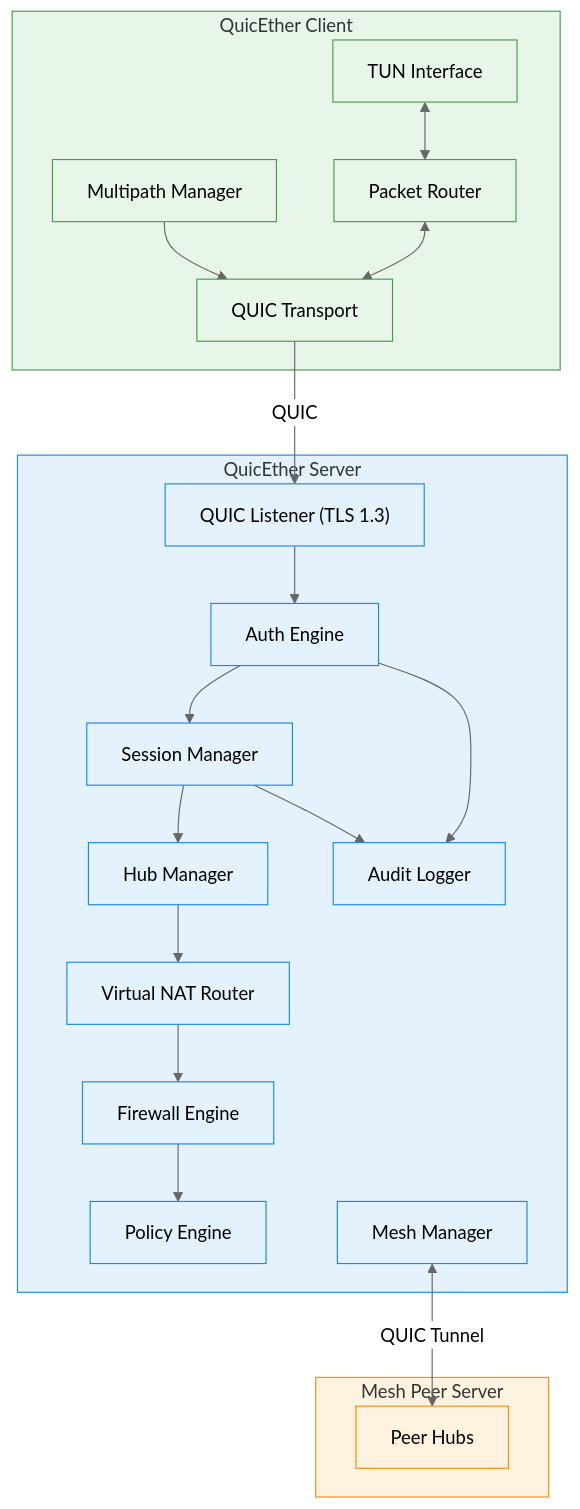
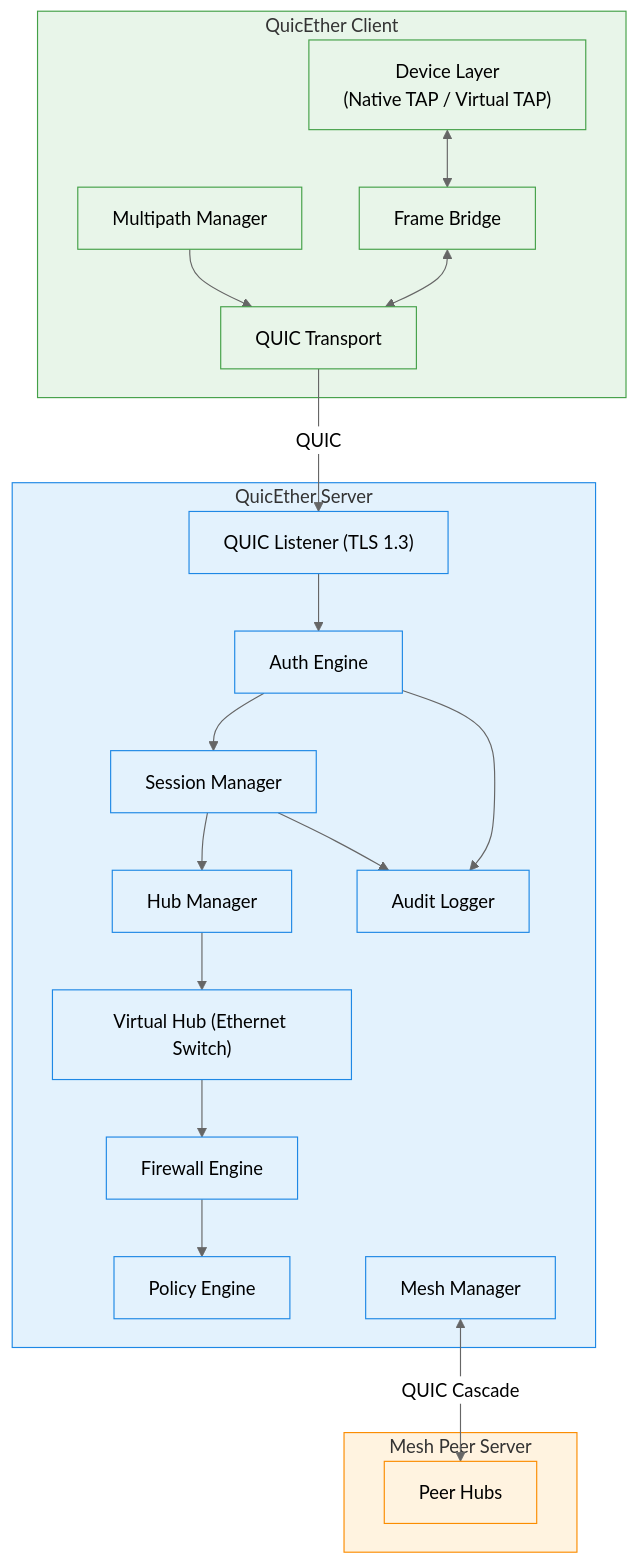
Before and after one commit to quicether/book: the first of 2 diagrams in 05-architecture.md, drawn with Mermaid (neutral theme). The commit also changed other lines of this file and 18 other files, not shown here.

First line of the commit message:
Refactor QuicEther to support Layer 2 (TAP) architecture with Local Bridge functionality

````diff
--- a/05-architecture.md
+++ b/05-architecture.md
@@ -47,47 +47,47 @@
 ```mermaid
 graph TD
     subgraph Server["QuicEther Server"]
         LISTENER["QUIC Listener (TLS 1.3)"]
         AUTH["Auth Engine"]
         HUB["Hub Manager"]
         SESSION["Session Manager"]
-        NAT["Virtual NAT Router"]
+        SWITCH["Virtual Hub (Ethernet Switch)"]
         FW["Firewall Engine"]
         POLICY["Policy Engine"]
         MESH["Mesh Manager"]
         AUDIT["Audit Logger"]
     end
 
     subgraph Client["QuicEther Client"]
-        TUN["TUN Interface"]
+        TAP["Device Layer<br/>(Native TAP / Virtual TAP)"]
         TRANSPORT["QUIC Transport"]
         MP["Multipath Manager"]
-        ROUTER["Packet Router"]
+        BRIDGE["Frame Bridge"]
     end
 
     subgraph MeshPeer["Mesh Peer Server"]
         PEER_HUB["Peer Hubs"]
     end
 
     TRANSPORT -->|QUIC| LISTENER
     LISTENER --> AUTH
     AUTH --> SESSION
     SESSION --> HUB
-    HUB --> NAT
-    NAT --> FW
+    HUB --> SWITCH
+    SWITCH --> FW
     FW --> POLICY
-    TUN <--> ROUTER
-    ROUTER <--> TRANSPORT
+    TAP <--> BRIDGE
+    BRIDGE <--> TRANSPORT
     MP --> TRANSPORT
-    MESH <-->|QUIC Tunnel| PEER_HUB
+    MESH <-->|QUIC Cascade| PEER_HUB
     AUTH --> AUDIT
     SESSION --> AUDIT
 
     classDef server fill:#e3f2fd,stroke:#1e88e5;
     classDef client fill:#e8f5e9,stroke:#43a047;
     classDef peer fill:#fff3e0,stroke:#fb8c00;
 
-    class Server,LISTENER,AUTH,HUB,SESSION,NAT,FW,POLICY,MESH,AUDIT server;
-    class Client,TUN,TRANSPORT,MP,ROUTER client;
+    class Server,LISTENER,AUTH,HUB,SESSION,SWITCH,FW,POLICY,MESH,AUDIT server;
+    class Client,TAP,TRANSPORT,MP,BRIDGE client;
     class MeshPeer,PEER_HUB peer;
 ```
````
